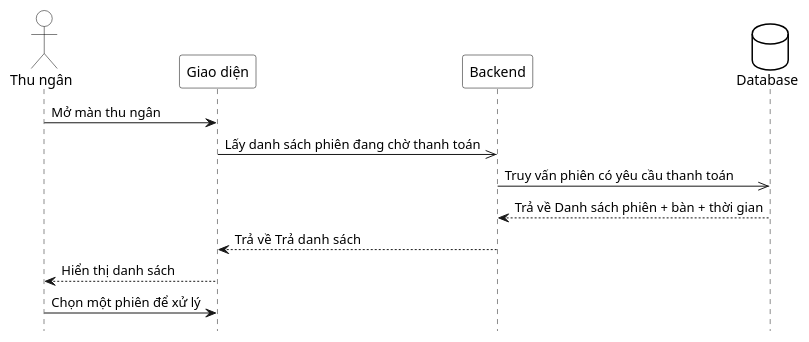
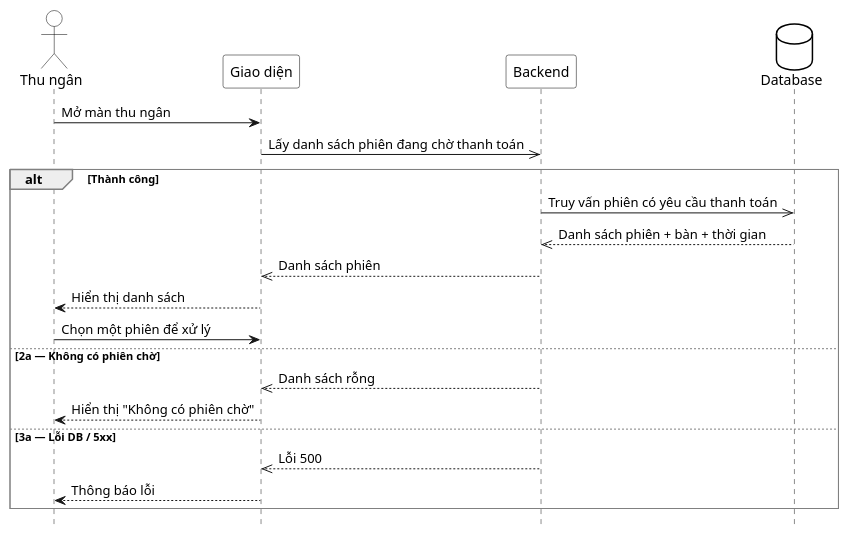
Before and after one commit to thanhhoa3514/restaurant-management: the first of 2 diagrams in docs/use-cases/uc-thu-ngan-20-danh-sach-phien-cho-thanh-toan.md, drawn with PlantUML. The commit also changed other lines of this file and 98 other files, not shown here.

````diff
--- a/docs/use-cases/uc-thu-ngan-20-danh-sach-phien-cho-thanh-toan.md
+++ b/docs/use-cases/uc-thu-ngan-20-danh-sach-phien-cho-thanh-toan.md
@@ -54,31 +55,39 @@
 ```plantuml
 @startuml
 hide footbox
 skinparam participant {
  BackgroundColor White
  BorderColor Black
 }
 skinparam actor {
  BackgroundColor White
  BorderColor Black
 }
 skinparam database {
  BackgroundColor White
  BorderColor Black
 }
 skinparam sequenceGroupBorderThickness 1
 skinparam sequenceGroupBorderColor Gray
 actor "Thu ngân" as A
 participant "Giao diện" as UI
 participant "Backend" as BE
 database "Database" as DB
 
 A -> UI : Mở màn thu ngân
 UI ->> BE : Lấy danh sách phiên đang chờ thanh toán
-BE ->> DB : Truy vấn phiên có yêu cầu thanh toán
-DB --> BE : Trả về Danh sách phiên + bàn + thời gian
-BE --> UI : Trả về Trả danh sách
-UI --> A : Hiển thị danh sách
-A -> UI : Chọn một phiên để xử lý
+alt Thành công
+  BE ->> DB : Truy vấn phiên có yêu cầu thanh toán
+  DB -->> BE : Danh sách phiên + bàn + thời gian
+  BE -->> UI : Danh sách phiên
+  UI --> A : Hiển thị danh sách
+  A -> UI : Chọn một phiên để xử lý
+else 2a — Không có phiên chờ
+  BE -->> UI : Danh sách rỗng
+  UI --> A : Hiển thị "Không có phiên chờ"
+else 3a — Lỗi DB / 5xx
+  BE -->> UI : Lỗi 500
+  UI --> A : Thông báo lỗi
+end
 @enduml
 ```
````
